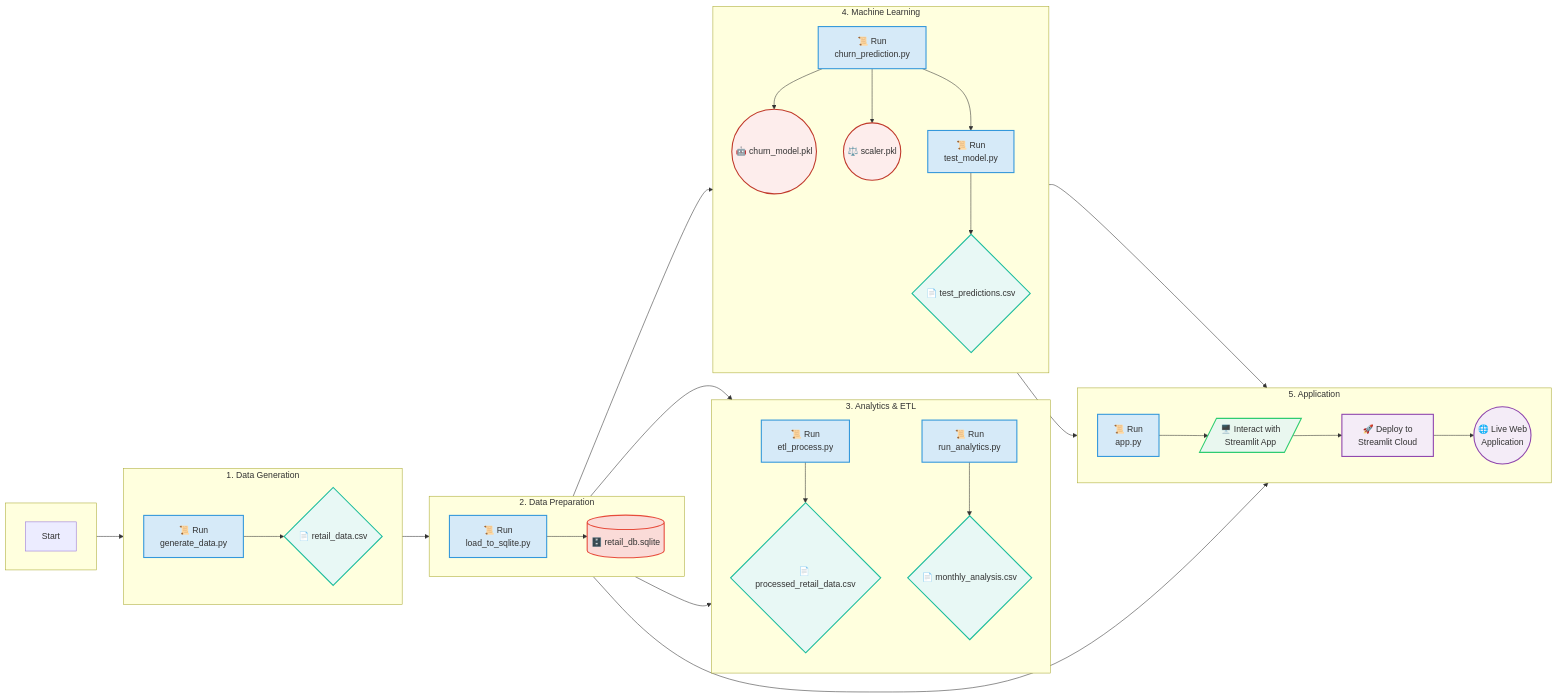
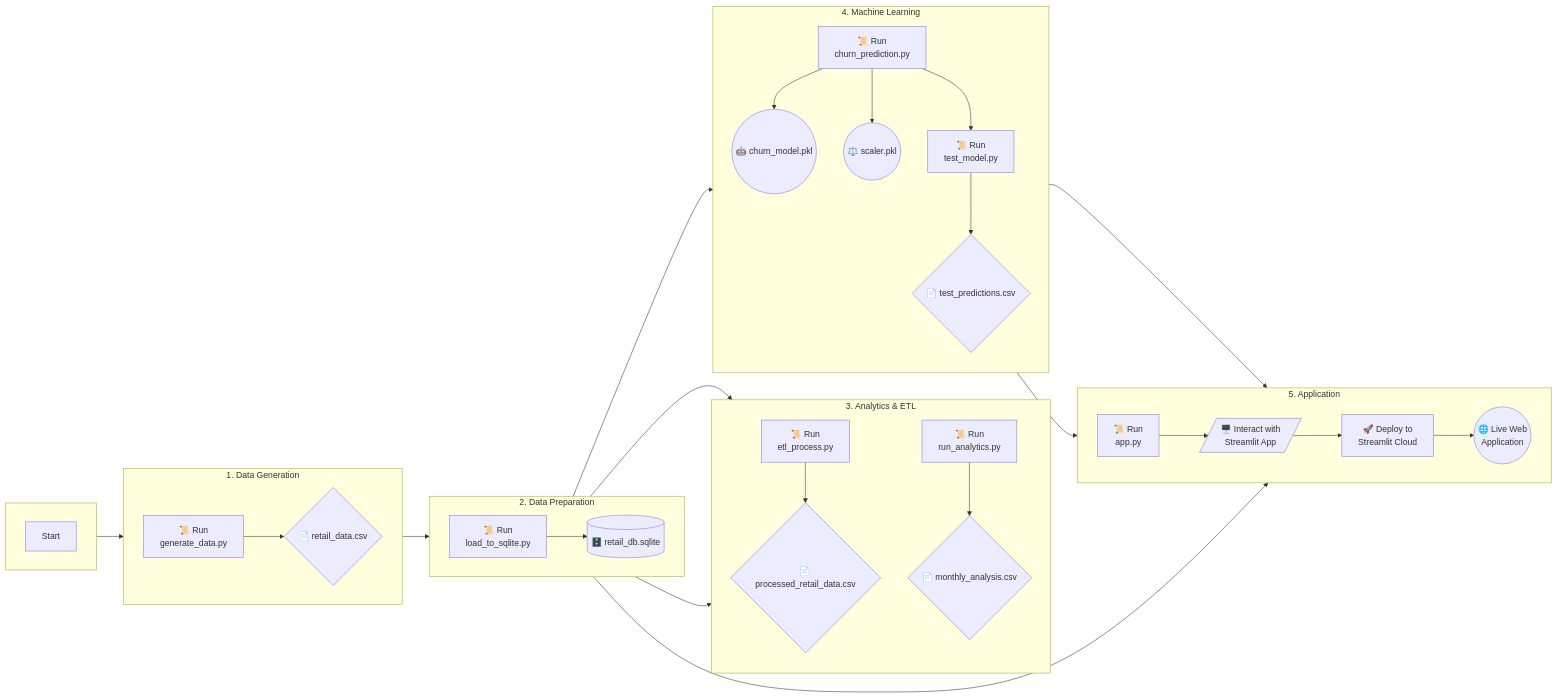
One commit to nitishmca03/Retail-Analytics-Pipeline changed the diagram in flowchart.md. Above: the diagram before and after it, drawn with Mermaid.

Commit message:
Revert flowchart to black and white design

````diff
--- a/flowchart.md
+++ b/flowchart.md
@@ -86,18 +86,4 @@
     O --> P
     P --> Q
     Q --> R
-
-    classDef script fill:#D6EAF8,stroke:#3498DB,stroke-width:2px;
-    classDef data fill:#E8F8F5,stroke:#1ABC9C,stroke-width:2px;
-    classDef db fill:#FADBD8,stroke:#E74C3C,stroke-width:2px;
-    classDef model fill:#FDEDEC,stroke:#C0392B,stroke-width:2px;
-    classDef app fill:#E9F7EF,stroke:#2ECC71,stroke-width:2px;
-    classDef deploy fill:#F4ECF7,stroke:#8E44AD,stroke-width:2px;
-
-    class B,D,F,H,J,M,O script;
-    class C,G,I,N data;
-    class E db;
-    class K,L model;
-    class P app;
-    class Q,R deploy;
 ```
````
